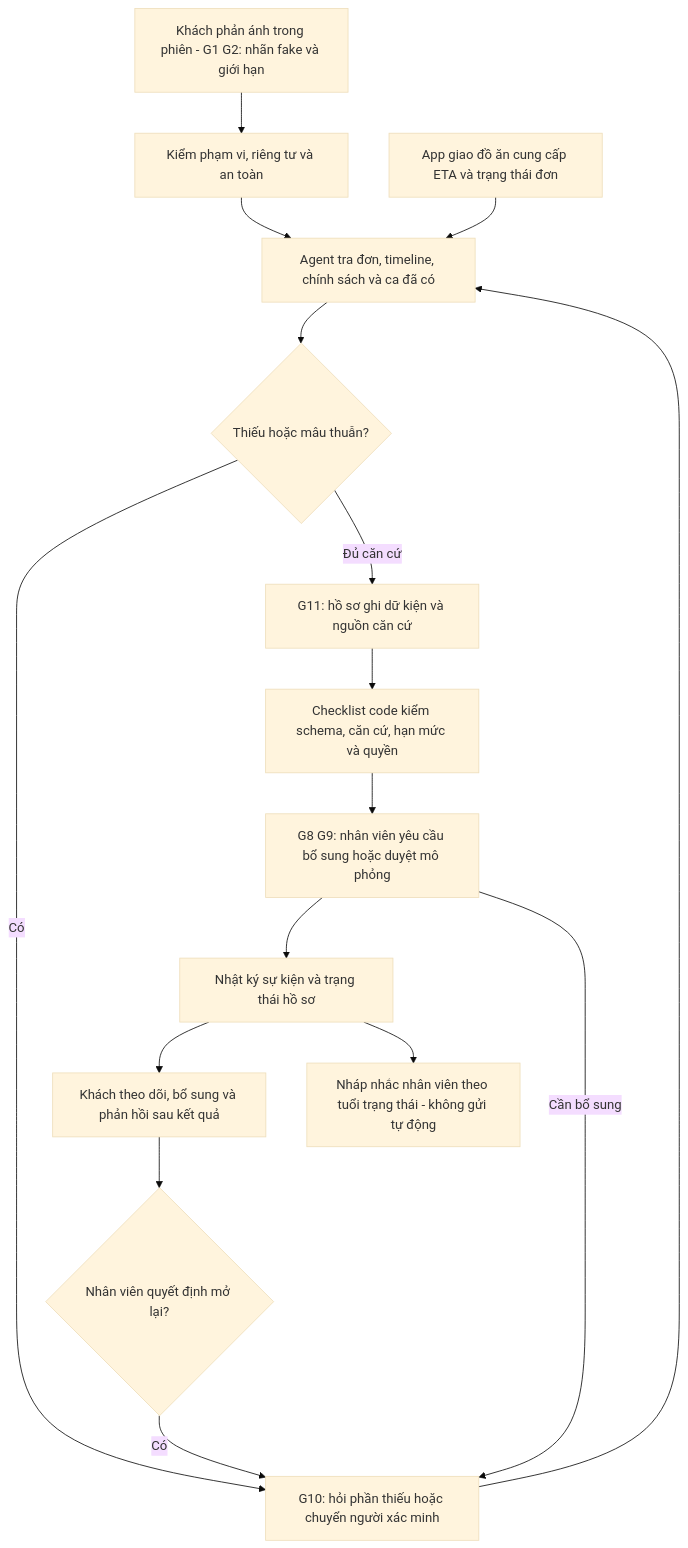
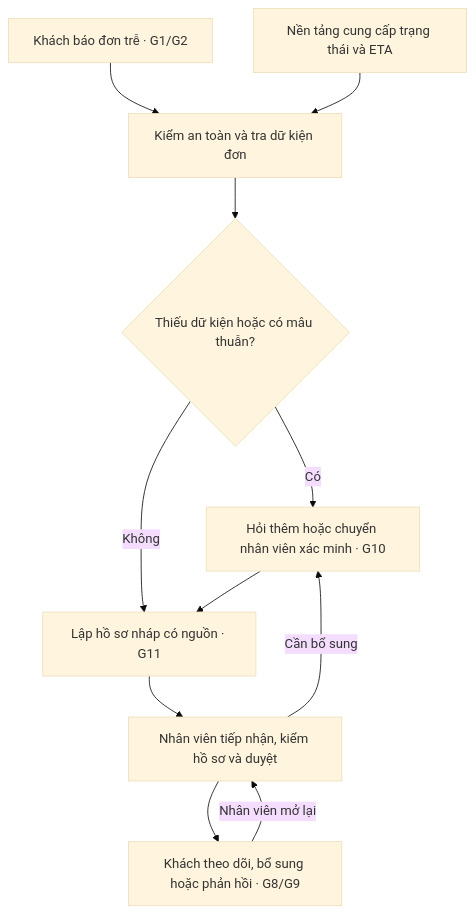
The diagram in spec.md (MinhTrannnnn/K5-Day15-L3B-Ishowspeed), drawn with Mermaid (base theme) before and after one commit. The commit also changed other lines of this file and 5 other files, not shown here.

Commit message:
Rút gọn spec CP2 và ghi kết quả chấm đồng thuận 5/5

````diff
--- a/spec.md
+++ b/spec.md
@@ -66,18 +44,13 @@
 ```mermaid
 flowchart TD
-    A[Khách phản ánh trong phiên - G1 G2: nhãn fake và giới hạn] --> B[Kiểm phạm vi, riêng tư và an toàn]
-    B --> C[Agent tra đơn, timeline, chính sách và ca đã có]
-    C --> D{Thiếu hoặc mâu thuẫn?}
-    D -->|Có| E[G10: hỏi phần thiếu hoặc chuyển người xác minh]
-    E --> C
-    D -->|Đủ căn cứ| F[G11: hồ sơ ghi dữ kiện và nguồn căn cứ]
-    F --> G[Checklist code kiểm schema, căn cứ, hạn mức và quyền]
-    G --> H[G8 G9: nhân viên yêu cầu bổ sung hoặc duyệt mô phỏng]
-    H --> I[Nhật ký sự kiện và trạng thái hồ sơ]
-    I --> J[Khách theo dõi, bổ sung và phản hồi sau kết quả]
-    H -->|Cần bổ sung| E
-    K[App giao đồ ăn cung cấp ETA và trạng thái đơn] --> C
-    I --> N[Nháp nhắc nhân viên theo tuổi trạng thái - không gửi tự động]
-    J --> R{Nhân viên quyết định mở lại?}
-    R -->|Có| E
+    A["Khách báo đơn trễ · G1/G2"] --> B[Kiểm an toàn và tra dữ kiện đơn]
+    P["Nền tảng cung cấp trạng thái và ETA"] --> B
+    B --> C{"Thiếu dữ kiện hoặc có mâu thuẫn?"}
+    C -->|Có| D["Hỏi thêm hoặc chuyển nhân viên xác minh · G10"]
+    C -->|Không| E["Lập hồ sơ nháp có nguồn · G11"]
+    D --> E
+    E --> F["Nhân viên tiếp nhận, kiểm hồ sơ và duyệt"]
+    F --> G["Khách theo dõi, bổ sung hoặc phản hồi · G8/G9"]
+    F -->|Cần bổ sung| D
+    G -->|Nhân viên mở lại| F
 ```
````
